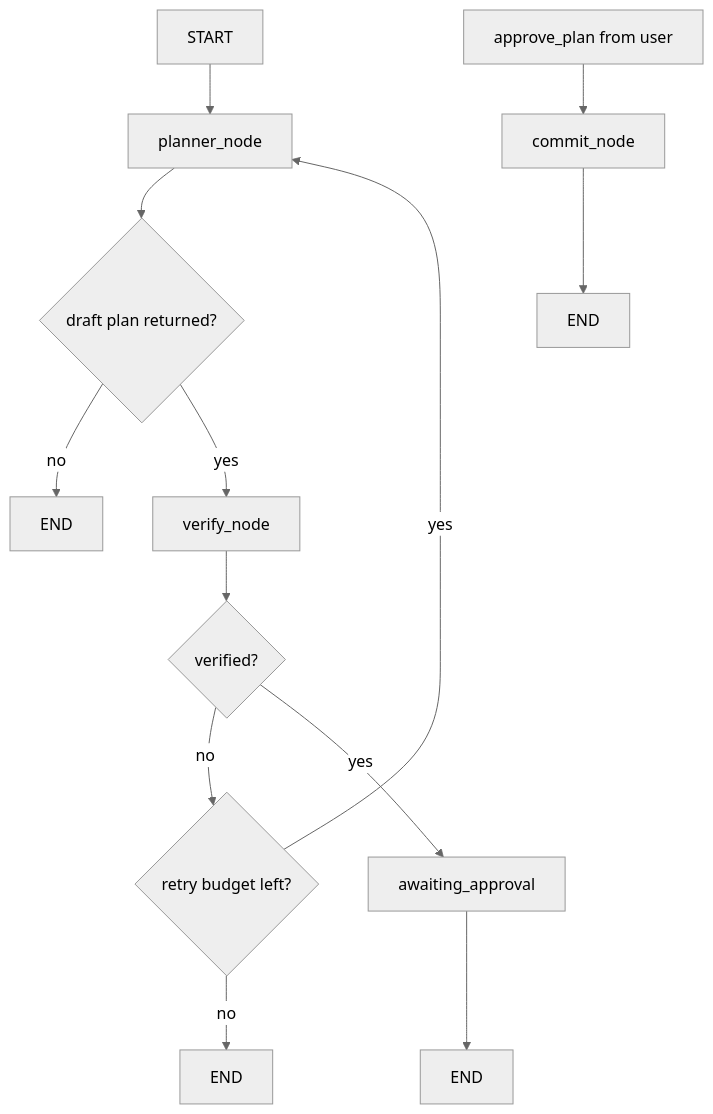
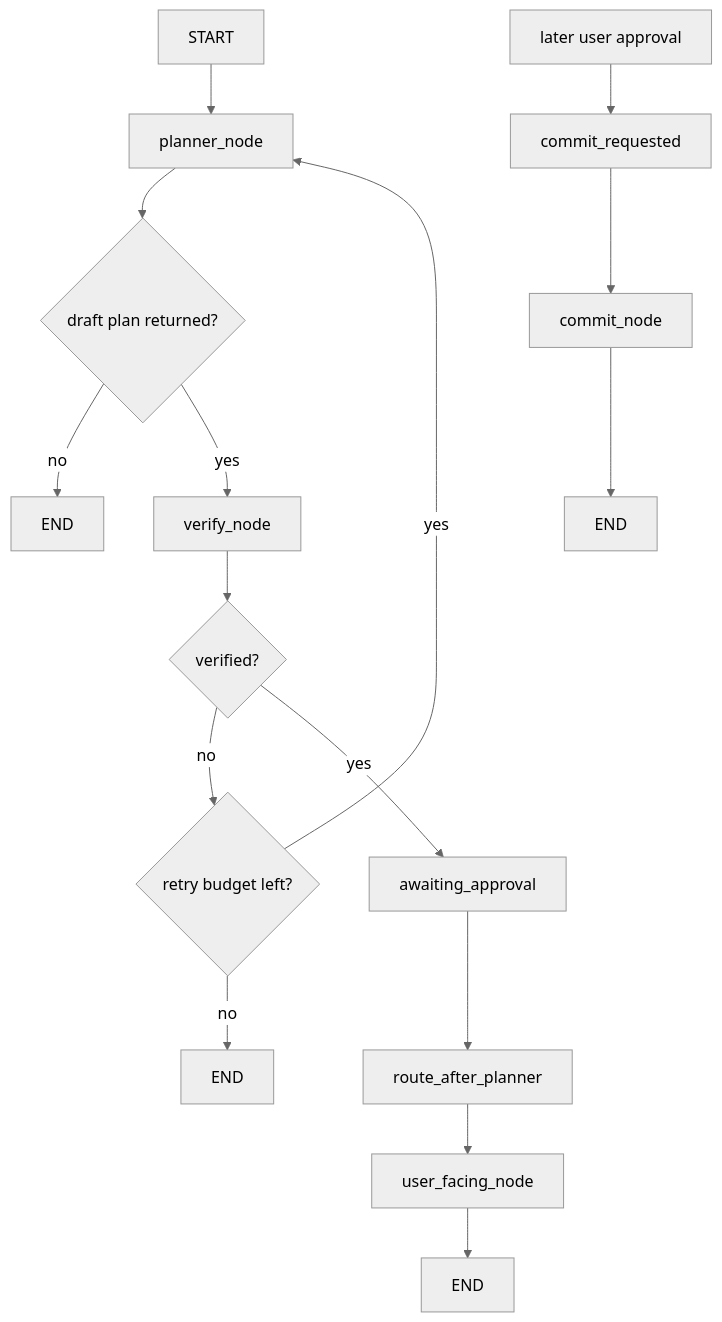
The first of 12 diagrams in Weekly-Study-Planner/planner_diagram.md (SaathiAI/PrivateSkedio), drawn with Mermaid (neutral theme) before and after one commit. The commit also changed other lines of this file and 1 other file, not shown here.

````diff
--- a/Weekly-Study-Planner/planner_diagram.md
+++ b/Weekly-Study-Planner/planner_diagram.md
@@ -13,16 +13,19 @@
 ```mermaid
 flowchart TD
     Start["START"] --> Planner["planner_node"]
     Planner --> HasDraft{"draft plan returned?"}
     HasDraft -->|no| End1["END"]
     HasDraft -->|yes| Verify["verify_node"]
     Verify --> Passed{"verified?"}
     Passed -->|no| Retry{"retry budget left?"}
     Retry -->|yes| Planner
     Retry -->|no| End2["END"]
     Passed -->|yes| Await["awaiting_approval"]
-    Await --> End3["END"]
+    Await --> ReviewRoute["route_after_planner"]
+    ReviewRoute --> UserFacing["user_facing_node"]
+    UserFacing --> End3["END"]
 
-    CommitTrigger["approve_plan from user"] --> Commit["commit_node"]
+    LaterTurn["later user approval"] --> CommitTrigger["commit_requested"]
+    CommitTrigger --> Commit["commit_node"]
     Commit --> End4["END"]
 ```
````
